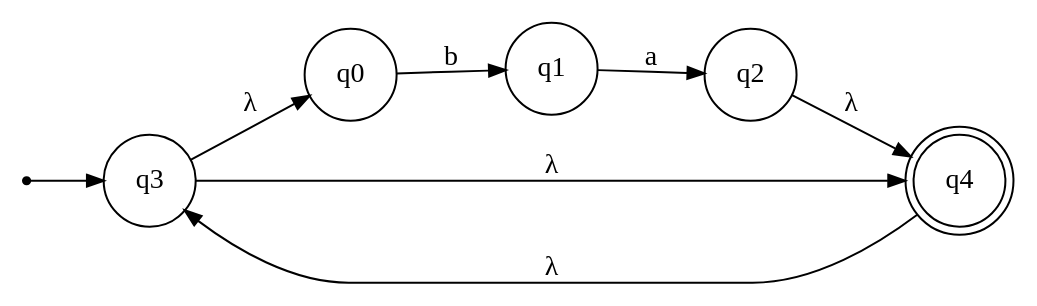
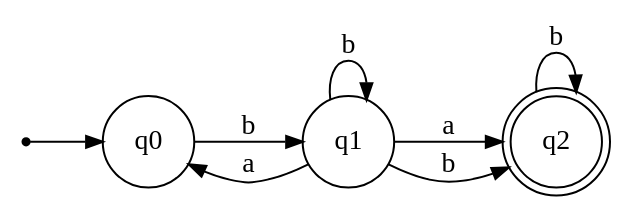
One commit to iMahdiGhazavi/TLA4012-Midterm-Project changed the diagram in Digraph.gv. Above: the diagram before and after it, drawn with Graphviz. The commit also changed 9 other files, not shown here.

```diff
--- a/Digraph.gv
+++ b/Digraph.gv
@@ -1,17 +1,15 @@
 digraph {
 	ranksep=0.5 size="(8, 8)"
 	rankdir=LR
 	Initial [label="" fontsize=14.0 shape=point]
 	q0 [fontsize=14.0 shape=circle]
 	q1 [fontsize=14.0 shape=circle]
-	q2 [fontsize=14.0 shape=circle]
-	q3 [fontsize=14.0 shape=circle]
-	q4 [fontsize=14.0 shape=doublecircle]
-	Initial -> q3 [arrowsize=0.85]
+	q2 [fontsize=14.0 shape=doublecircle]
+	Initial -> q0 [arrowsize=0.85]
 	q0 -> q1 [label=" b " arrowsize=0.85 fontsize=14.0]
+	q1 -> q0 [label=" a " arrowsize=0.85 fontsize=14.0]
 	q1 -> q2 [label=" a " arrowsize=0.85 fontsize=14.0]
-	q2 -> q4 [label=" λ " arrowsize=0.85 fontsize=14.0]
-	q3 -> q4 [label=" λ " arrowsize=0.85 fontsize=14.0]
-	q3 -> q0 [label=" λ " arrowsize=0.85 fontsize=14.0]
-	q4 -> q3 [label=" λ " arrowsize=0.85 fontsize=14.0]
+	q1 -> q1 [label=" b " arrowsize=0.85 fontsize=14.0]
+	q1 -> q2 [label=" b " arrowsize=0.85 fontsize=14.0]
+	q2 -> q2 [label=" b " arrowsize=0.85 fontsize=14.0]
 }
```
